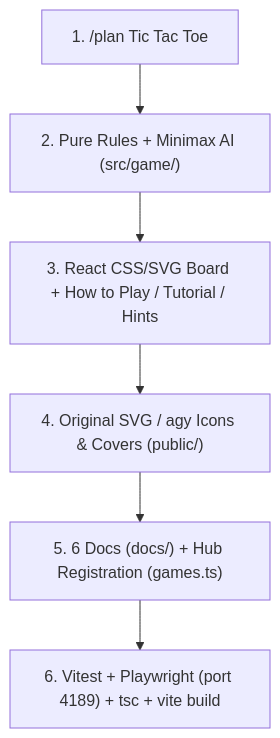
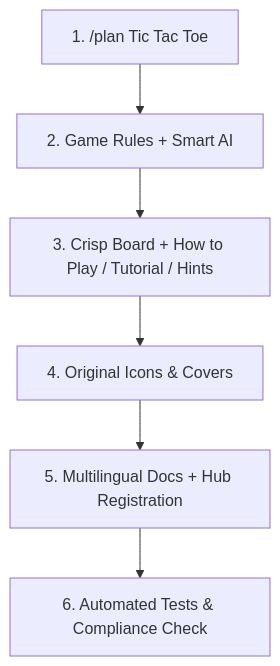
Before and after one commit to vuhung16au/gemini-games: the diagram in courses/day-07-building-a-board-game/README.md, drawn with Mermaid. The commit also changed other lines of this file and 30 other files, not shown here.

````diff
--- a/courses/day-07-building-a-board-game/README.md
+++ b/courses/day-07-building-a-board-game/README.md
@@ -12,8 +12,8 @@
 ```mermaid
 flowchart TD
-  Plan["1. /plan Tic Tac Toe"] --> Sim["2. Pure Rules + Minimax AI (src/game/)"]
-  Sim --> UI["3. React CSS/SVG Board + How to Play / Tutorial / Hints"]
-  UI --> Art["4. Original SVG / agy Icons & Covers (public/)"]
-  Art --> Docs["5. 6 Docs (docs/) + Hub Registration (games.ts)"]
-  Docs --> Verify["6. Vitest + Playwright (port 4189) + tsc + vite build"]
+  Plan["1. /plan Tic Tac Toe"] --> Sim["2. Game Rules + Smart AI"]
+  Sim --> UI["3. Crisp Board + How to Play / Tutorial / Hints"]
+  UI --> Art["4. Original Icons & Covers"]
+  Art --> Docs["5. Multilingual Docs + Hub Registration"]
+  Docs --> Verify["6. Automated Tests & Compliance Check"]
 ```
````
